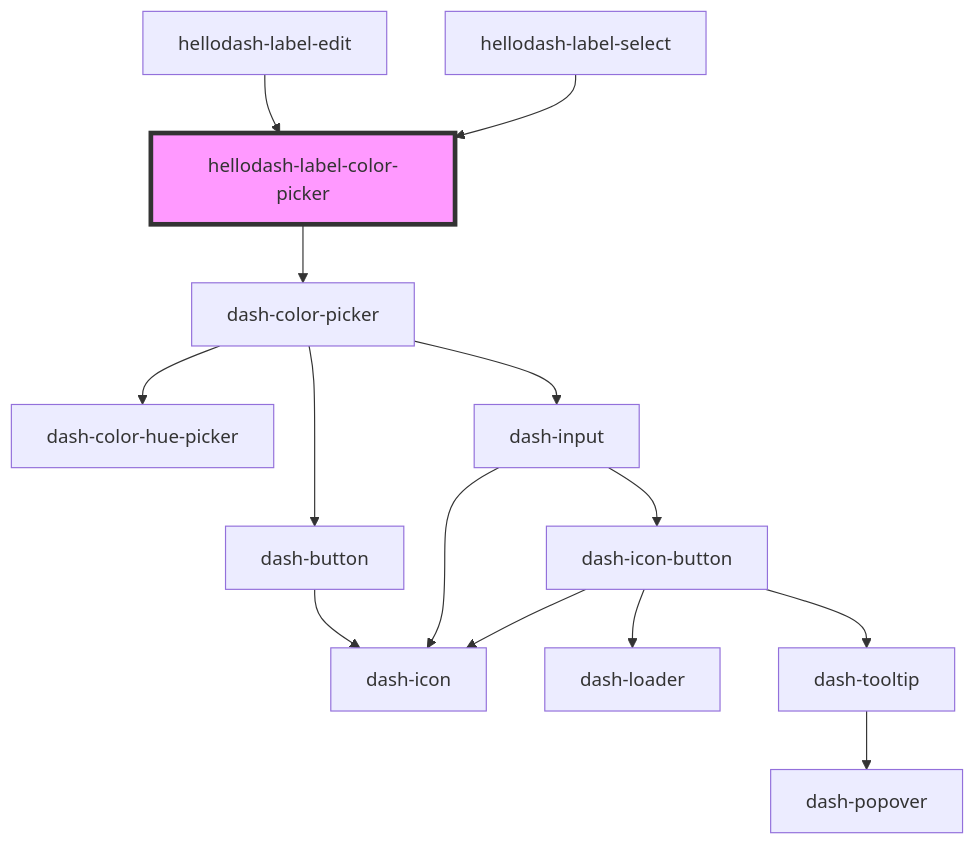
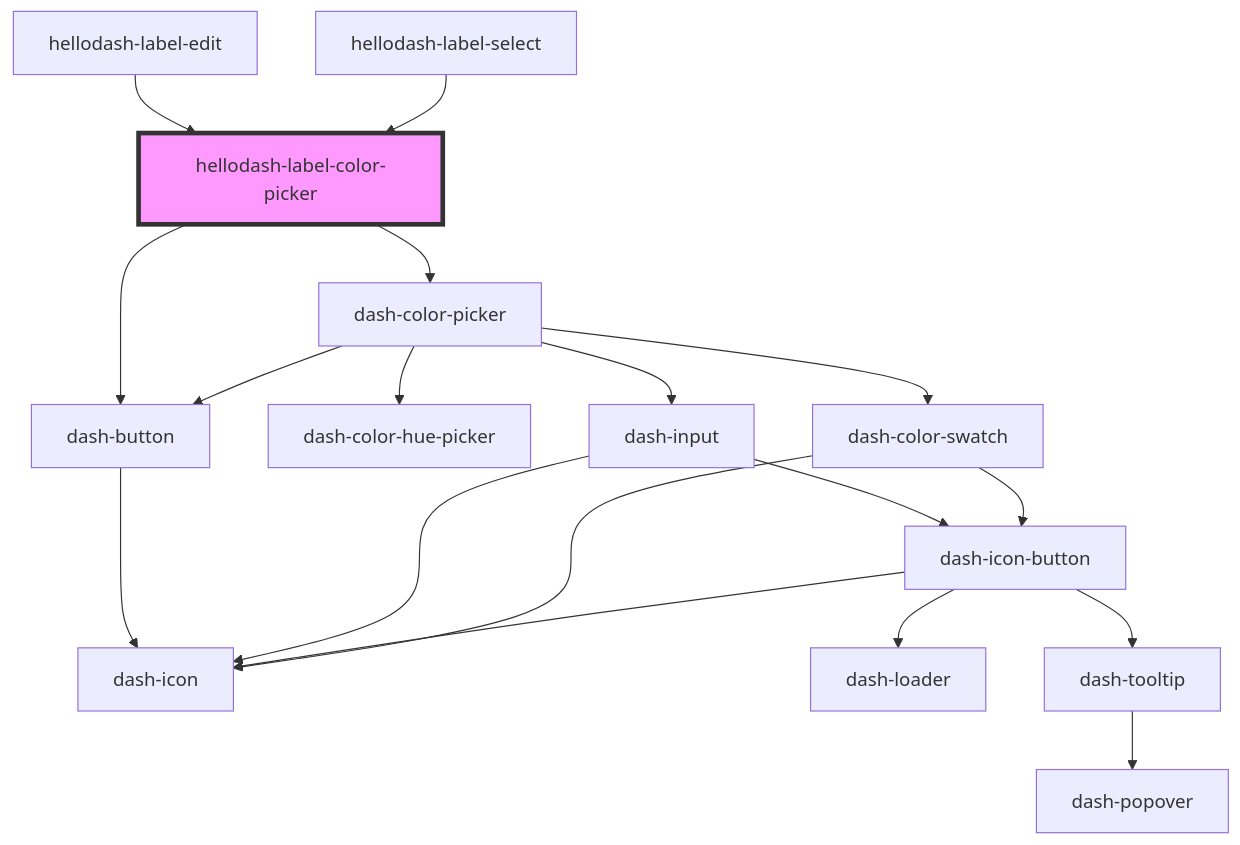
Before and after one commit to jmanke/dash: the diagram in packages/hellodash-components/src/components/hellodash-label-color-picker/readme.md, drawn with Mermaid. The commit also changed other lines of this file and 27 other files, not shown here.

````diff
--- a/packages/hellodash-components/src/components/hellodash-label-color-picker/readme.md
+++ b/packages/hellodash-components/src/components/hellodash-label-color-picker/readme.md
@@ -34,17 +36,21 @@
 ```mermaid
 graph TD;
   hellodash-label-color-picker --> dash-color-picker
+  hellodash-label-color-picker --> dash-button
   dash-color-picker --> dash-color-hue-picker
   dash-color-picker --> dash-button
   dash-color-picker --> dash-input
+  dash-color-picker --> dash-color-swatch
   dash-button --> dash-icon
   dash-input --> dash-icon
   dash-input --> dash-icon-button
   dash-icon-button --> dash-icon
   dash-icon-button --> dash-loader
   dash-icon-button --> dash-tooltip
   dash-tooltip --> dash-popover
+  dash-color-swatch --> dash-icon-button
+  dash-color-swatch --> dash-icon
   hellodash-label-edit --> hellodash-label-color-picker
   hellodash-label-select --> hellodash-label-color-picker
   style hellodash-label-color-picker fill:#f9f,stroke:#333,stroke-width:4px
 ```
````
